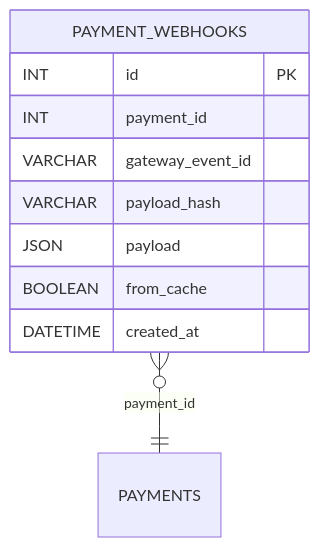
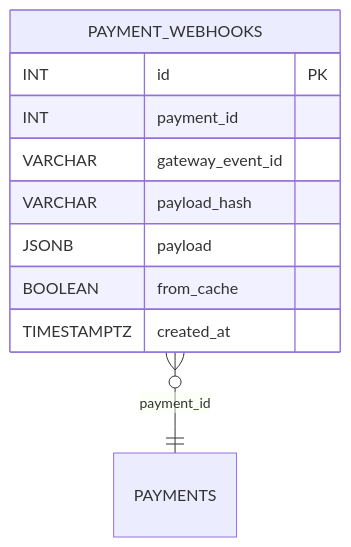
Before and after one commit to blackcatdatabase/table-payment-webhooks: the diagram in README.md, drawn with Mermaid. The commit also changed other lines of this file and 26 other files, not shown here.

First line of the commit message:
Regen schema (#1)

````diff
--- a/README.md
+++ b/README.md
@@ -53,13 +56,13 @@
 ```mermaid
 erDiagram
   PAYMENT_WEBHOOKS {
     INT id PK
     INT payment_id
     VARCHAR gateway_event_id
     VARCHAR payload_hash
-    JSON payload
+    JSONB payload
     BOOLEAN from_cache
-    DATETIME created_at
+    TIMESTAMPTZ created_at
   }
   PAYMENT_WEBHOOKS }o--|| PAYMENTS : "payment_id"
 ```
````
